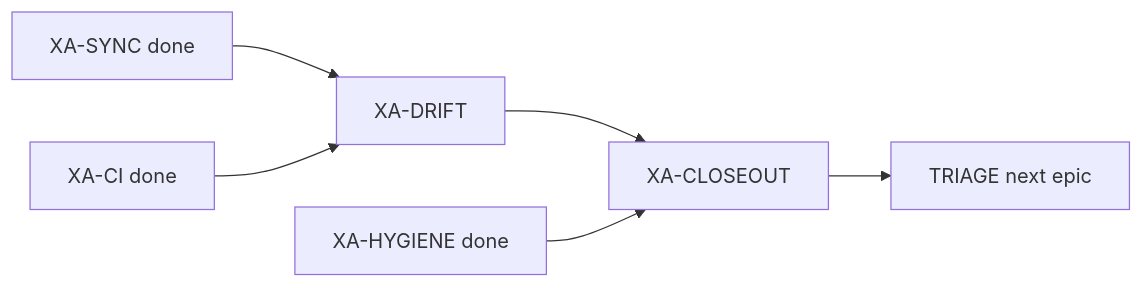
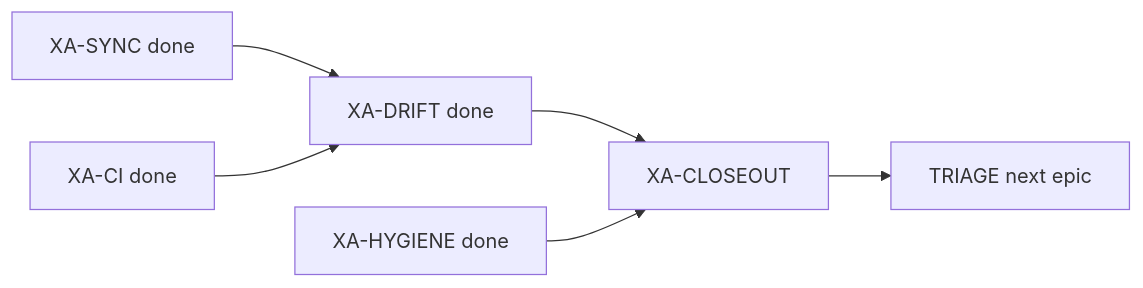
The diagram in .praxia/docs/audits/260710_xtrax-rewire_next_steps.md (maraxen/prolix), drawn with Mermaid before and after one commit. The commit also changed other lines of this file and 5 other files, not shown here.

````diff
--- a/.praxia/docs/audits/260710_xtrax-rewire_next_steps.md
+++ b/.praxia/docs/audits/260710_xtrax-rewire_next_steps.md
@@ -18,14 +18,14 @@
 ```mermaid
 flowchart LR
   syncDone[XA-SYNC done]
   hygDone[XA-HYGIENE done]
   ciDone[XA-CI done]
-  drift[XA-DRIFT]
+  driftDone[XA-DRIFT done]
   close[XA-CLOSEOUT]
   triage[TRIAGE next epic]
-  syncDone --> drift
-  ciDone --> drift
-  drift --> close
+  syncDone --> driftDone
+  ciDone --> driftDone
+  driftDone --> close
   hygDone --> close
   close --> triage
 ```
````
